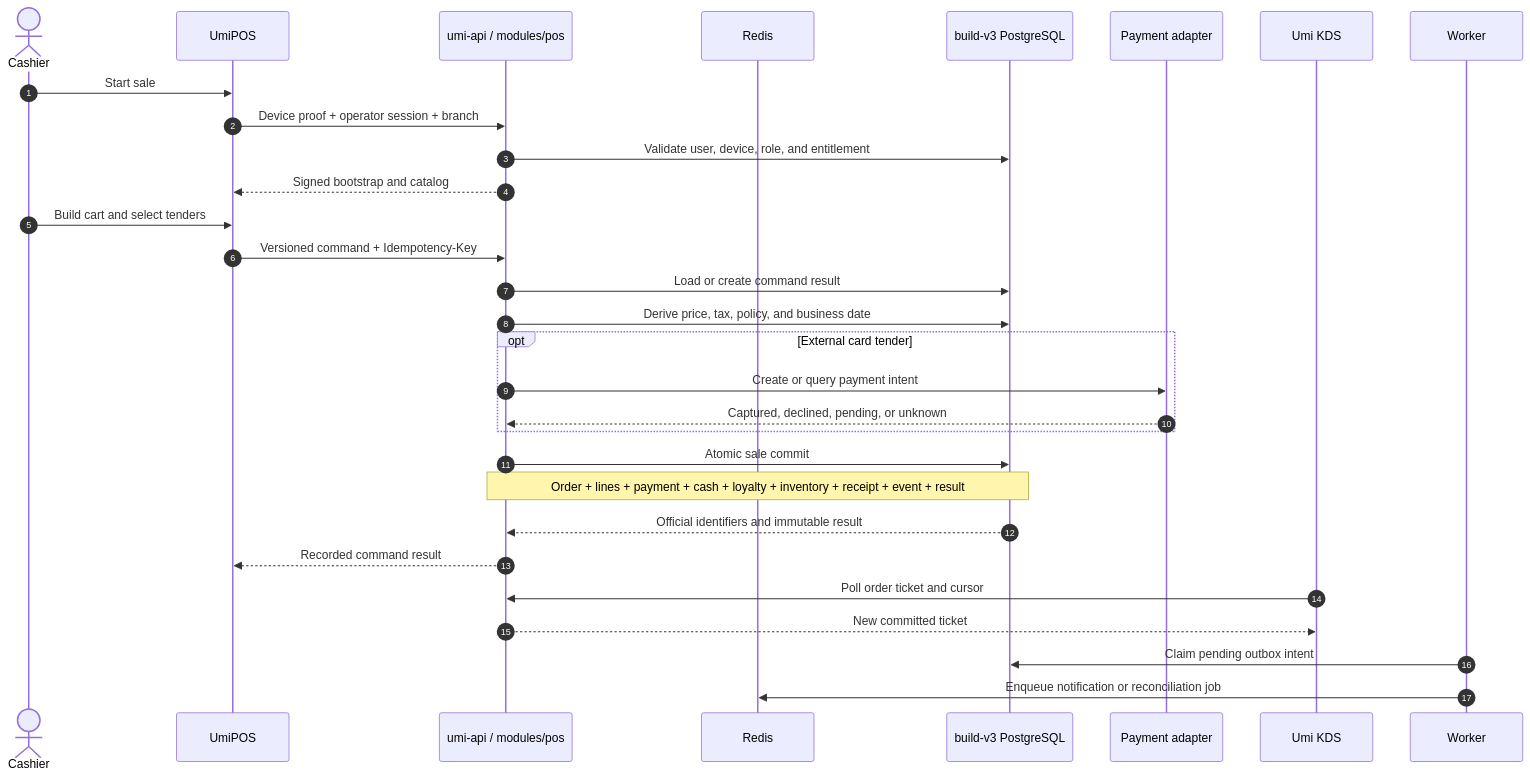
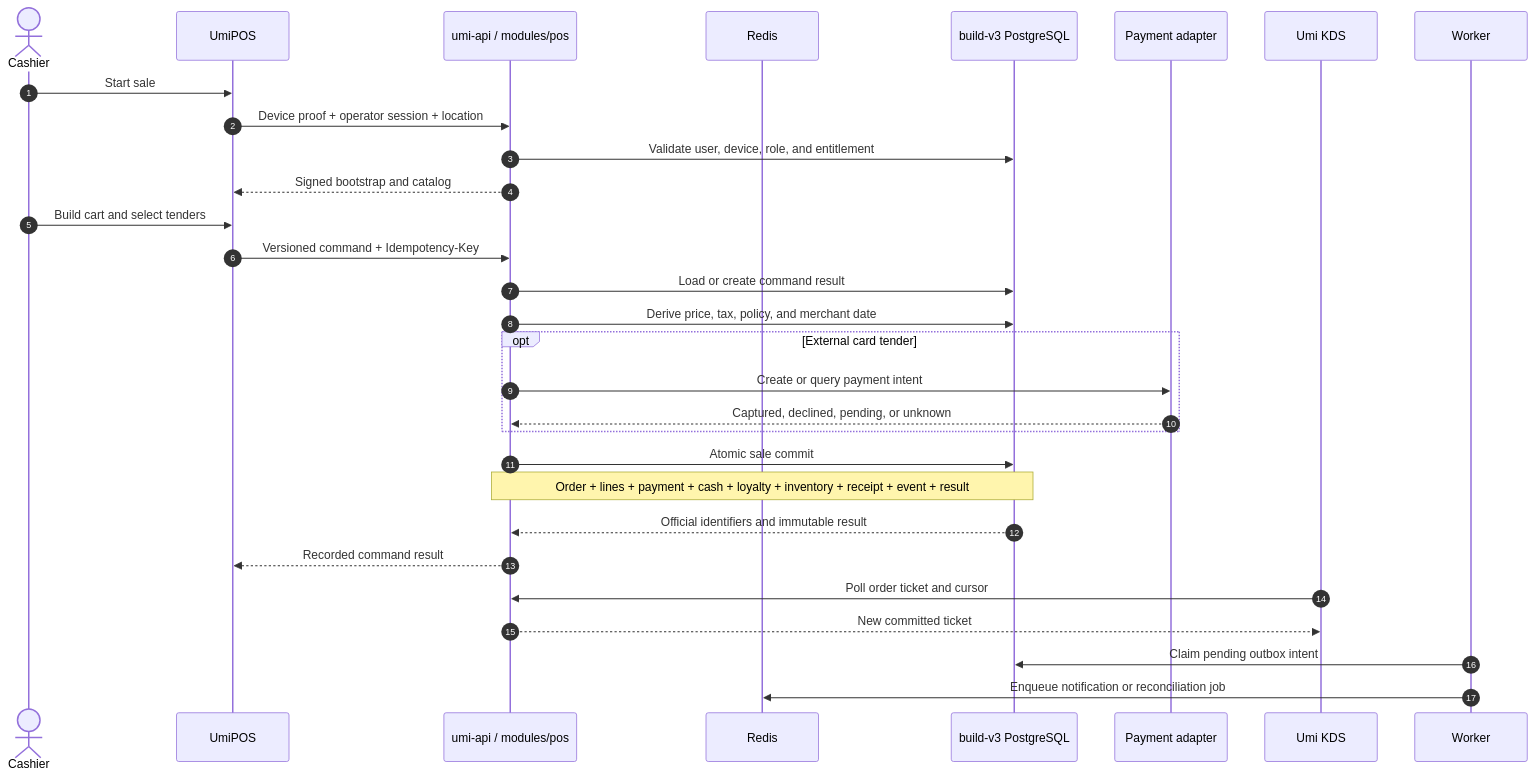
Before and after one commit to umiconsulting/umi: diagram 12 of 17 in docs/architecture/umi-platform-architecture-presentation.md, drawn with Mermaid. The commit also changed other lines of this file and 214 other files, not shown here.

````diff
--- a/docs/architecture/umi-platform-architecture-presentation.md
+++ b/docs/architecture/umi-platform-architecture-presentation.md
@@ -578,37 +578,37 @@
 ```mermaid
 sequenceDiagram
   autonumber
   actor S as Cashier
   participant P as UmiPOS
   participant A as umi-api / modules/pos
   participant R as Redis
   participant D as build-v3 PostgreSQL
   participant X as Payment adapter
   participant K as Umi KDS
   participant W as Worker
 
   S->>P: Start sale
-  P->>A: Device proof + operator session + branch
+  P->>A: Device proof + operator session + location
   A->>D: Validate user, device, role, and entitlement
   A-->>P: Signed bootstrap and catalog
 
   S->>P: Build cart and select tenders
   P->>A: Versioned command + Idempotency-Key
   A->>D: Load or create command result
-  A->>D: Derive price, tax, policy, and business date
+  A->>D: Derive price, tax, policy, and merchant date
 
   opt External card tender
     A->>X: Create or query payment intent
     X-->>A: Captured, declined, pending, or unknown
   end
 
   A->>D: Atomic sale commit
   Note over A,D: Order + lines + payment + cash + loyalty + inventory + receipt + event + result
   D-->>A: Official identifiers and immutable result
   A-->>P: Recorded command result
 
   K->>A: Poll order ticket and cursor
   A-->>K: New committed ticket
   W->>D: Claim pending outbox intent
   W->>R: Enqueue notification or reconciliation job
 ```
````
